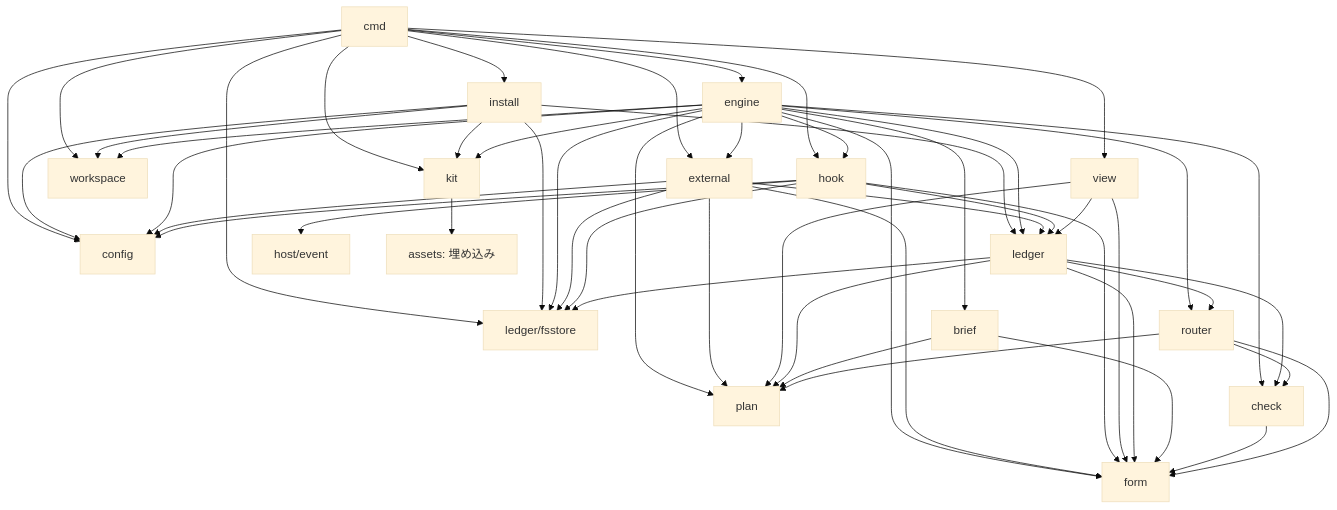
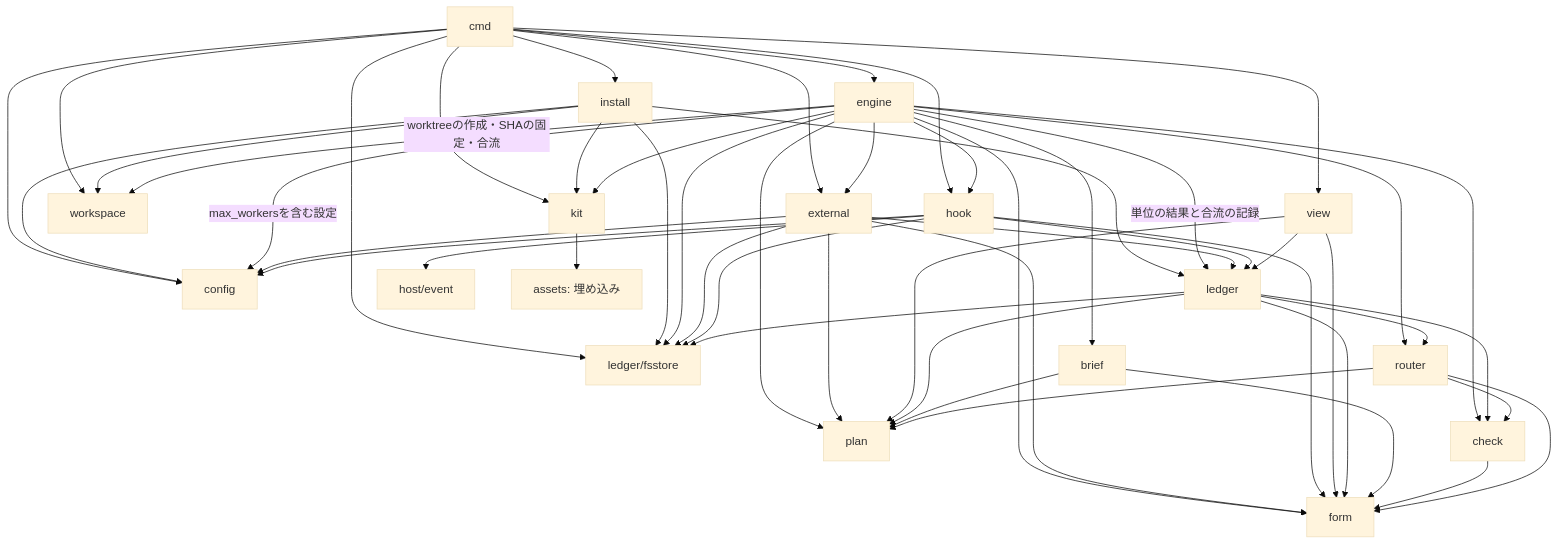
The diagram in docs/architecture/modules.md (ildjenty/dev-kit), drawn with Mermaid (base theme) before and after one commit. The commit also changed other lines of this file and 66 other files, not shown here.

````diff
--- a/docs/architecture/modules.md
+++ b/docs/architecture/modules.md
@@ -251,54 +268,54 @@
 ```mermaid
 graph TD
   cmd --> install
   cmd --> engine
   cmd --> hook
   cmd --> view
   cmd --> fsstore[ledger/fsstore]
   cmd --> workspace
   cmd --> external
   cmd --> config
   cmd --> kit
   install --> config
   install --> kit
   install --> ledger
   install --> workspace
   install --> fsstore
   engine --> plan
   engine --> brief
   engine --> check
   engine --> router
-  engine --> ledger
+  engine -- 単位の結果と合流の記録 --> ledger
   engine --> form
-  engine --> workspace
+  engine -- worktreeの作成・SHAの固定・合流 --> workspace
   engine --> external
   engine --> fsstore
-  engine --> config
+  engine -- max_workersを含む設定 --> config
   engine --> hook
   engine --> kit
   external --> ledger
   external --> config
   external --> form
   external --> plan
   external --> fsstore
   hook --> ledger
   hook --> config
   hook --> hostevent[host/event]
   hook --> form
   hook --> fsstore
   view --> ledger
   view --> form
   view --> plan
   ledger --> plan
   ledger --> check
   ledger --> router
   ledger --> form
   ledger --> fsstore
   brief --> plan
   brief --> form
   check --> form
   router --> plan
   router --> check
   router --> form
   kit --> assets[assets: 埋め込み]
 ```
````
